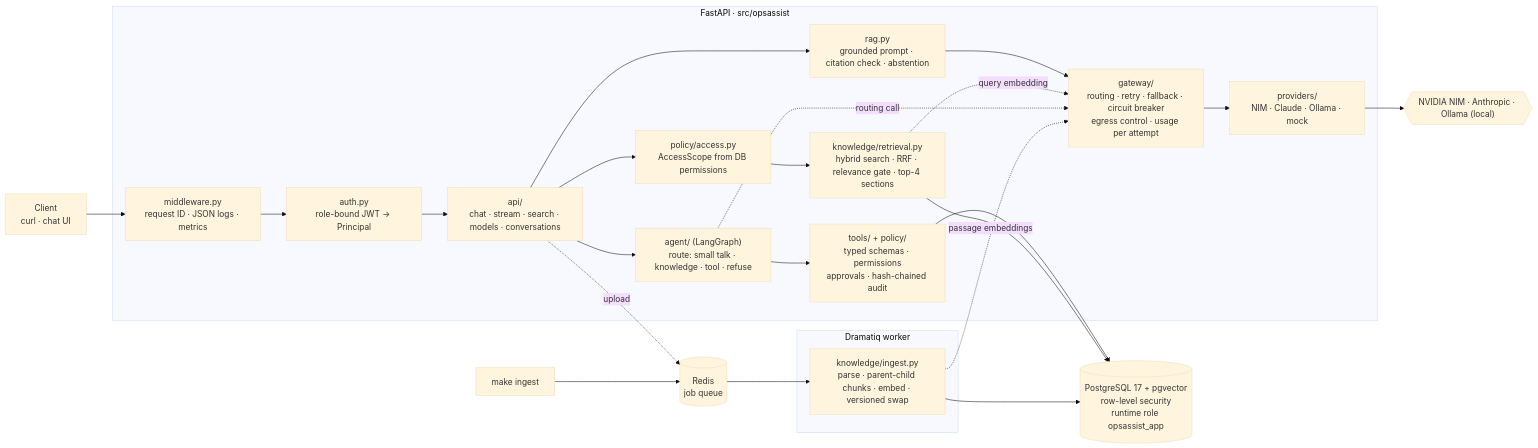
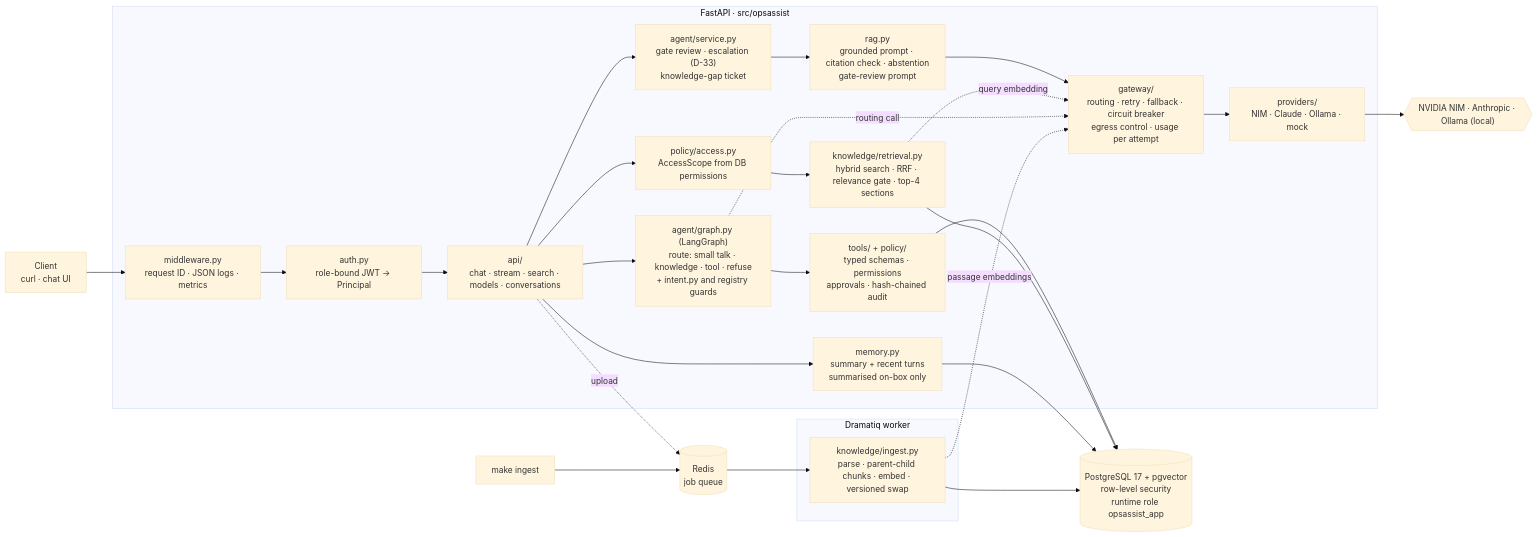
Before and after one commit to minhthy1016/novax_ai_assignment: the diagram in architecture.md, drawn with Mermaid (base theme). The commit also changed other lines of this file and 22 other files, not shown here.

````diff
--- a/architecture.md
+++ b/architecture.md
@@ -50,37 +57,40 @@
 ```mermaid
 flowchart LR
   client["Client<br/>curl · chat UI"]
 
   subgraph api["FastAPI · src/opsassist"]
     mw["middleware.py<br/>request ID · JSON logs · metrics"]
     auth["auth.py<br/>role-bound JWT → Principal"]
     routes["api/<br/>chat · stream · search · models · conversations"]
     policy["policy/access.py<br/>AccessScope from DB permissions"]
     retrieval["knowledge/retrieval.py<br/>hybrid search · RRF · relevance gate · top-4 sections"]
-    rag["rag.py<br/>grounded prompt · citation check · abstention"]
+    rag["rag.py<br/>grounded prompt · citation check · abstention<br/>gate-review prompt"]
+    service["agent/service.py<br/>gate review · escalation (D-33)<br/>knowledge-gap ticket"]
+    memory["memory.py<br/>summary + recent turns<br/>summarised on-box only"]
     gateway["gateway/<br/>routing · retry · fallback · circuit breaker<br/>egress control · usage per attempt"]
     providers["providers/<br/>NIM · Claude · Ollama · mock"]
-    agent["agent/ (LangGraph)<br/>route: small talk · knowledge · tool · refuse"]
+    agent["agent/graph.py (LangGraph)<br/>route: small talk · knowledge · tool · refuse<br/>+ intent.py and registry guards"]
     tools["tools/ + policy/<br/>typed schemas · permissions<br/>approvals · hash-chained audit"]
   end
 
   subgraph worker["Dramatiq worker"]
     ingest["knowledge/ingest.py<br/>parse · parent-child chunks · embed · versioned swap"]
   end
 
   cli["make ingest"]
   pg[("PostgreSQL 17 + pgvector<br/>row-level security<br/>runtime role opsassist_app")]
   redis[("Redis<br/>job queue")]
   models{{"NVIDIA NIM · Anthropic · Ollama (local)"}}
 
   client --> mw --> auth --> routes
   routes --> agent
   agent --> tools --> pg
   routes --> policy --> retrieval --> pg
-  routes --> rag --> gateway --> providers --> models
+  routes --> memory --> pg
+  routes --> service --> rag --> gateway --> providers --> models
   retrieval -. "query embedding" .-> gateway
   agent -. "routing call" .-> gateway
   cli --> redis --> ingest --> pg
   routes -. "upload" .-> redis
   ingest -. "passage embeddings" .-> gateway
 ```
````
